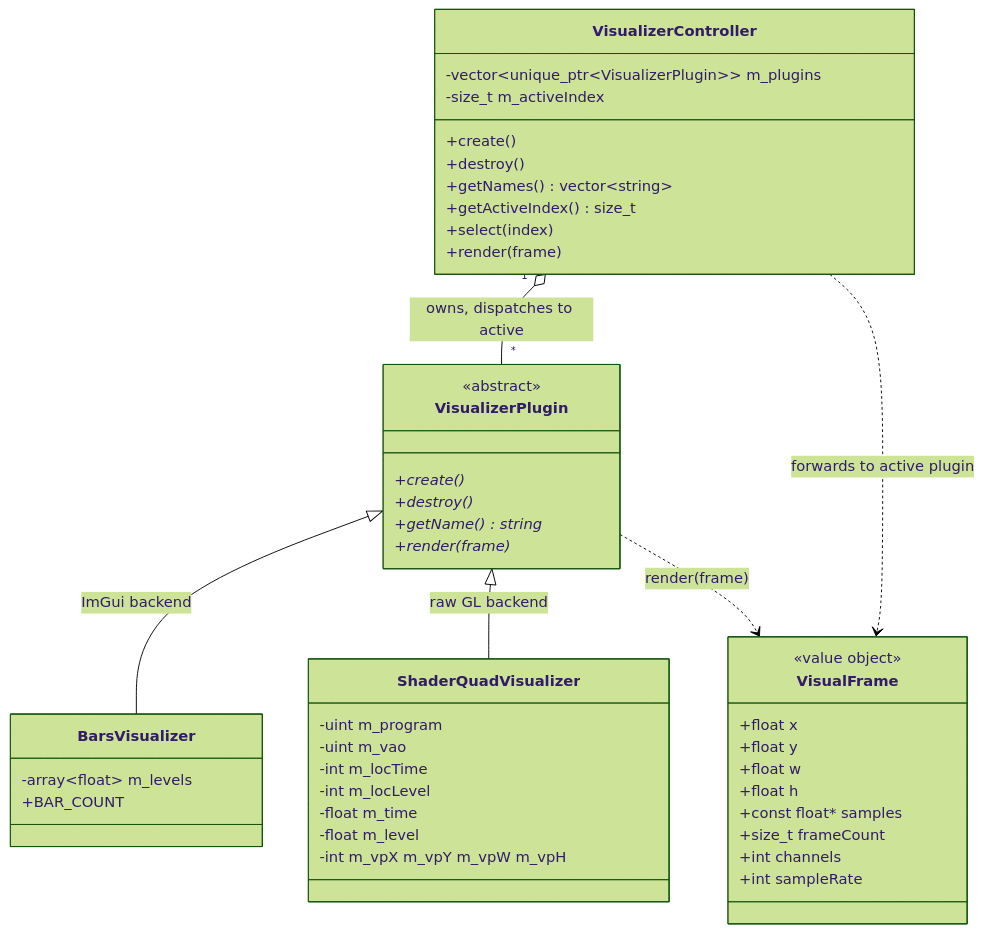
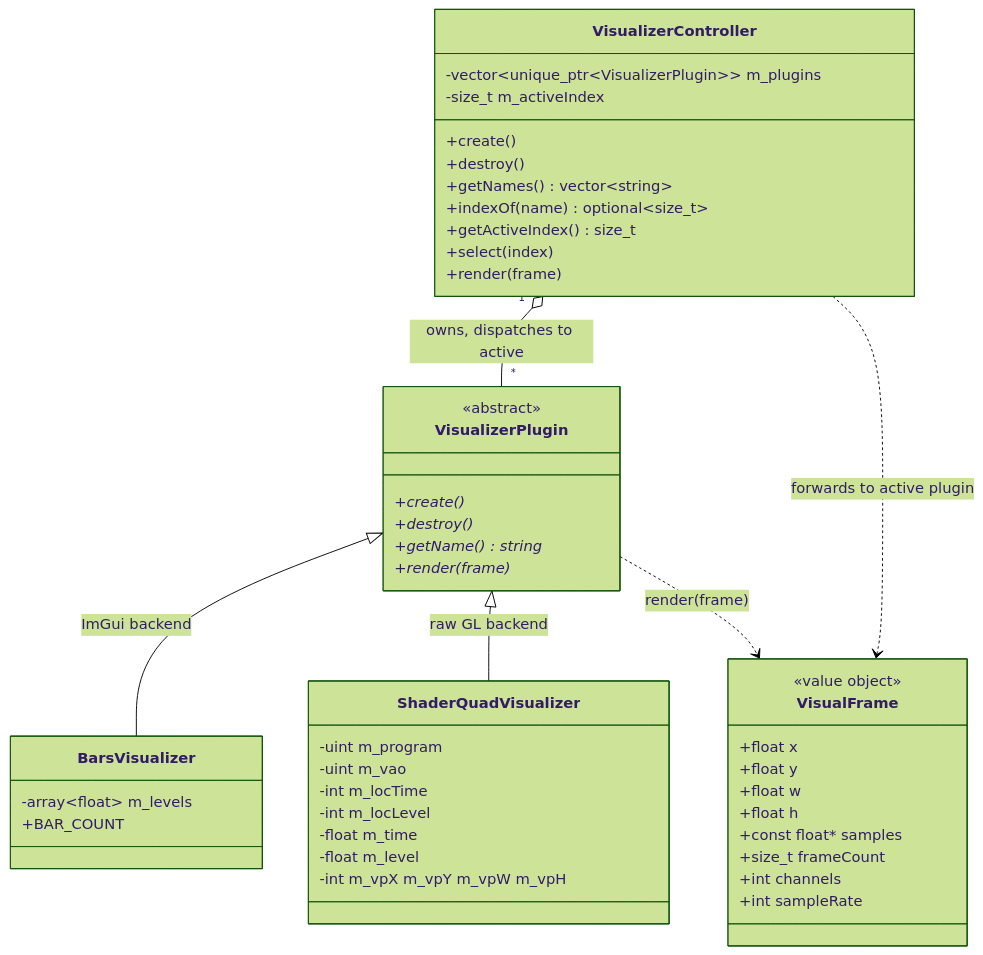
The diagram in docs/visualization.md (notnotme/osp2), drawn with Mermaid (forest theme) before and after one commit. The commit also changed other lines of this file and 4 other files, not shown here.

````diff
--- a/docs/visualization.md
+++ b/docs/visualization.md
@@ -5,54 +5,55 @@
 ```mermaid
 classDiagram
     class VisualFrame {
         <<value object>>
         +float x
         +float y
         +float w
         +float h
         +const float* samples
         +size_t frameCount
         +int channels
         +int sampleRate
     }
 
     class VisualizerPlugin {
         <<abstract>>
         +create()*
         +destroy()*
         +getName()* string
         +render(frame)*
     }
 
     class BarsVisualizer {
         -array~float~ m_levels
         +BAR_COUNT
     }
 
     class ShaderQuadVisualizer {
         -uint m_program
         -uint m_vao
         -int m_locTime
         -int m_locLevel
         -float m_time
         -float m_level
         -int m_vpX m_vpY m_vpW m_vpH
     }
 
     class VisualizerController {
         -vector~unique_ptr~VisualizerPlugin~~ m_plugins
         -size_t m_activeIndex
         +create()
         +destroy()
         +getNames() vector~string~
+        +indexOf(name) optional~size_t~
         +getActiveIndex() size_t
         +select(index)
         +render(frame)
     }
 
     VisualizerController "1" o-- "*" VisualizerPlugin : owns, dispatches to active
     VisualizerPlugin <|-- BarsVisualizer : ImGui backend
     VisualizerPlugin <|-- ShaderQuadVisualizer : raw GL backend
     VisualizerPlugin ..> VisualFrame : render(frame)
     VisualizerController ..> VisualFrame : forwards to active plugin
 ```
````
